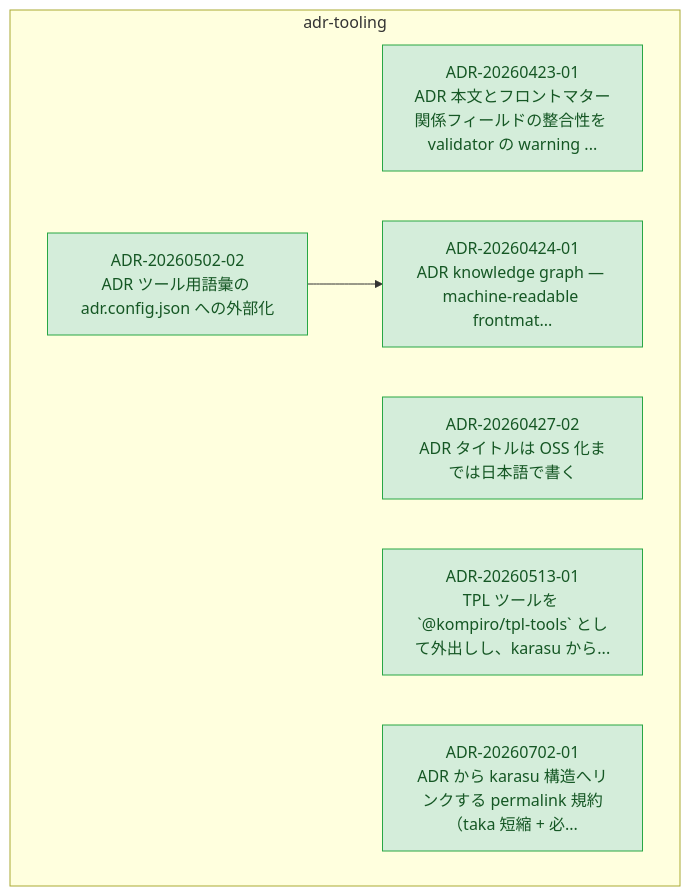
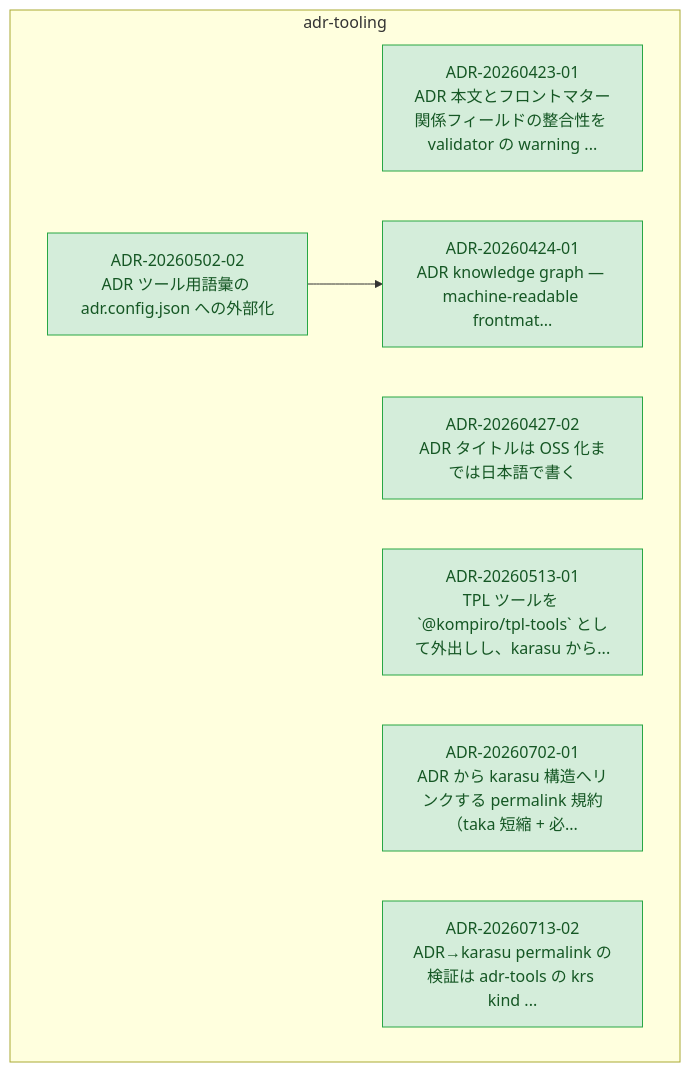
The diagram in docs/adr/graph/adr-tooling.md (kompiro/karasu), drawn with Mermaid before and after one commit. The commit also changed other lines of this file and 13 other files, not shown here.

First line of the commit message:
feat(ci): adopt adr-tools krs permalink validation (#1830)

````diff
--- a/docs/adr/graph/adr-tooling.md
+++ b/docs/adr/graph/adr-tooling.md
@@ -6,25 +6,27 @@
 ```mermaid
 flowchart TD
   subgraph adr-tooling["adr-tooling"]
     ADR_20260423_01["ADR-20260423-01<br/>ADR 本文とフロントマター関係フィールドの整合性を validator の warning ..."]
     ADR_20260424_01["ADR-20260424-01<br/>ADR knowledge graph — machine-readable frontmat..."]
     ADR_20260427_02["ADR-20260427-02<br/>ADR タイトルは OSS 化までは日本語で書く"]
     ADR_20260502_02["ADR-20260502-02<br/>ADR ツール用語彙の adr.config.json への外部化"]
     ADR_20260513_01["ADR-20260513-01<br/>TPL ツールを `@kompiro/tpl-tools` として外出しし、karasu から..."]
     ADR_20260702_01["ADR-20260702-01<br/>ADR から karasu 構造へリンクする permalink 規約（taka 短縮 + 必..."]
+    ADR_20260713_02["ADR-20260713-02<br/>ADR→karasu permalink の検証は adr-tools の krs kind ..."]
   end
   ADR_20260502_02 --> ADR_20260424_01
 
   classDef accepted fill:#d4edda,stroke:#28a745,color:#155724
   classDef proposed fill:#fff3cd,stroke:#ffc107,color:#856404
   classDef deprecated fill:#f8d7da,stroke:#dc3545,color:#721c24
   classDef superseded fill:#e2e3e5,stroke:#6c757d,color:#383d41
   classDef not_adopted fill:#e2e3e5,stroke:#6c757d,color:#383d41,stroke-dasharray:3 3
   classDef ghost fill:#f5f5f5,stroke:#adb5bd,color:#6c757d,stroke-dasharray:2 2
   class ADR_20260423_01 accepted
   class ADR_20260424_01 accepted
   class ADR_20260427_02 accepted
   class ADR_20260502_02 accepted
   class ADR_20260513_01 accepted
   class ADR_20260702_01 accepted
+  class ADR_20260713_02 accepted
 ```
````
